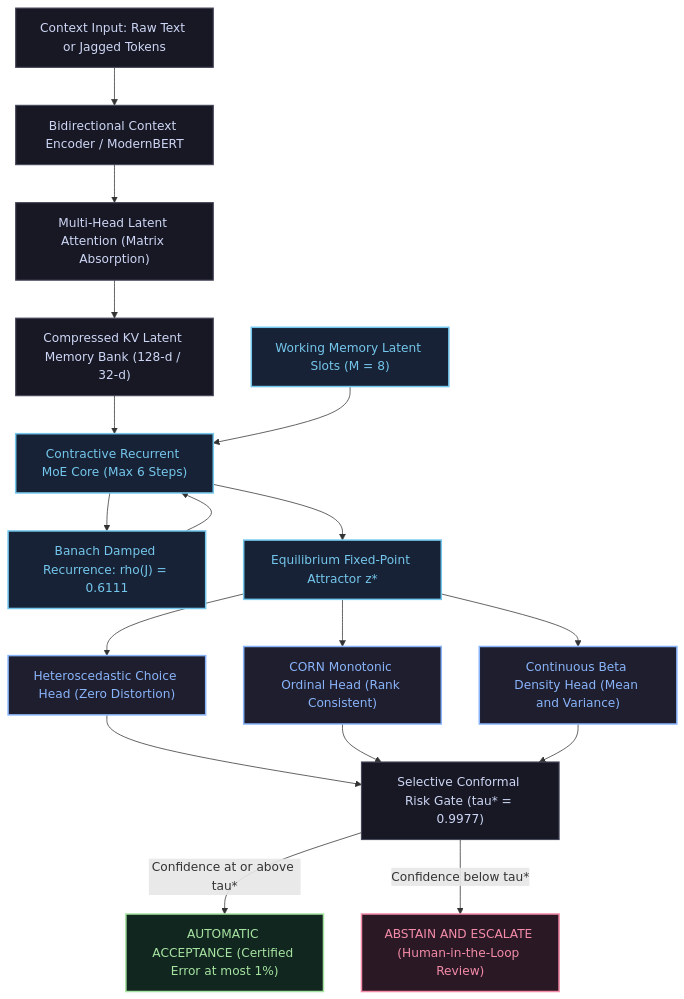
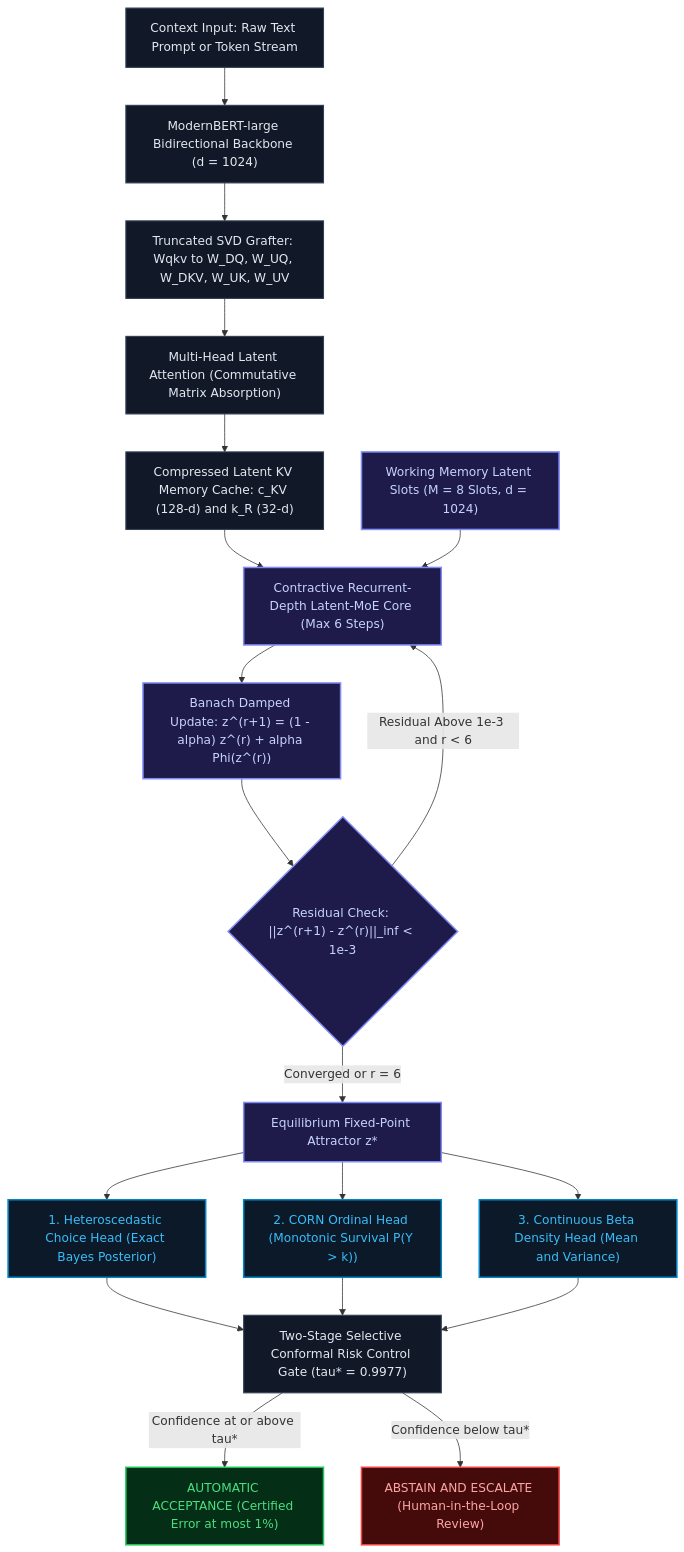
Before and after one commit to KanavjeetS/Equilibrium-Latent-MoE-Decision-Engine-ELMDE-: the diagram in README.md, drawn with Mermaid. The commit also changed other lines of this file and 6 other files, not shown here.

Commit message:
docs: Publication-grade README with mathematical proofs, motion graphics, and benchmark tables

````diff
--- a/README.md
+++ b/README.md
@@ -37,36 +77,38 @@
 ```mermaid
 flowchart TD
-    In["Context Input: Raw Text or Jagged Tokens"] --> Enc["Bidirectional Context Encoder / ModernBERT"]
-    Enc --> MLA["Multi-Head Latent Attention (Matrix Absorption)"]
-    MLA --> Bank["Compressed KV Latent Memory Bank (128-d / 32-d)"]
+    In["Context Input: Raw Text Prompt or Token Stream"] --> Enc["ModernBERT-large Bidirectional Backbone (d = 1024)"]
+    Enc --> SVD["Truncated SVD Grafter: Wqkv to W_DQ, W_UQ, W_DKV, W_UK, W_UV"]
+    SVD --> MLA["Multi-Head Latent Attention (Commutative Matrix Absorption)"]
+    MLA --> Bank["Compressed Latent KV Memory Cache: c_KV (128-d) and k_R (32-d)"]
     
-    Bank --> Core["Contractive Recurrent MoE Core (Max 6 Steps)"]
-    Slots["Working Memory Latent Slots (M = 8)"] --> Core
-    Core --> Recur["Banach Damped Recurrence: rho(J) = 0.6111"]
-    Recur --> Core
-    Core --> ZStar["Equilibrium Fixed-Point Attractor z*"]
+    Bank --> Core["Contractive Recurrent-Depth Latent-MoE Core (Max 6 Steps)"]
+    Slots["Working Memory Latent Slots (M = 8 Slots, d = 1024)"] --> Core
+    Core --> Banach["Banach Damped Update: z^(r+1) = (1 - alpha) z^(r) + alpha Phi(z^(r))"]
+    Banach --> Residual{"Residual Check: ||z^(r+1) - z^(r)||_inf < 1e-3"}
+    Residual -->|"Residual Above 1e-3 and r < 6"| Core
+    Residual -->|"Converged or r = 6"| ZStar["Equilibrium Fixed-Point Attractor z*"]
     
-    ZStar --> H1["Heteroscedastic Choice Head (Zero Distortion)"]
-    ZStar --> H2["CORN Monotonic Ordinal Head (Rank Consistent)"]
-    ZStar --> H3["Continuous Beta Density Head (Mean and Variance)"]
+    ZStar --> H1["1. Heteroscedastic Choice Head (Exact Bayes Posterior)"]
+    ZStar --> H2["2. CORN Ordinal Head (Monotonic Survival P(Y > k))"]
+    ZStar --> H3["3. Continuous Beta Density Head (Mean and Variance)"]
     
-    H1 --> Gate["Selective Conformal Risk Gate (tau* = 0.9977)"]
+    H1 --> Gate["Two-Stage Selective Conformal Risk Control Gate (tau* = 0.9977)"]
     H2 --> Gate
     H3 --> Gate
     
     Gate -->|"Confidence at or above tau*"| Acc["AUTOMATIC ACCEPTANCE (Certified Error at most 1%)"]
     Gate -->|"Confidence below tau*"| Esc["ABSTAIN AND ESCALATE (Human-in-the-Loop Review)"]
 
-    classDef default fill:#181825,stroke:#45475a,stroke-width:1.5px,color:#cdd6f4;
-    classDef highlight fill:#1e1e2e,stroke:#89b4fa,stroke-width:2px,color:#89b4fa;
-    classDef accept fill:#11261f,stroke:#a6e3a1,stroke-width:2px,color:#a6e3a1;
-    classDef escalate fill:#2a1824,stroke:#f38ba8,stroke-width:2px,color:#f38ba8;
-    classDef core fill:#182236,stroke:#74c7ec,stroke-width:2px,color:#74c7ec;
+    classDef default fill:#111827,stroke:#334155,stroke-width:1.5px,color:#e2e8f0;
+    classDef core fill:#1e1b4b,stroke:#818cf8,stroke-width:2px,color:#c7d2fe;
+    classDef head fill:#0c1929,stroke:#0284c7,stroke-width:2px,color:#38bdf8;
+    classDef accept fill:#052e16,stroke:#22c55e,stroke-width:2px,color:#4ade80;
+    classDef escalate fill:#450a0a,stroke:#ef4444,stroke-width:2px,color:#fca5a5;
 
-    class In,Enc,MLA,Bank default;
-    class Core,Slots,Recur,ZStar core;
-    class H1,H2,H3 highlight;
+    class In,Enc,SVD,MLA,Bank default;
+    class Core,Slots,Banach,Residual,ZStar core;
+    class H1,H2,H3 head;
     class Gate default;
     class Acc accept;
     class Esc escalate;
 ```
````
